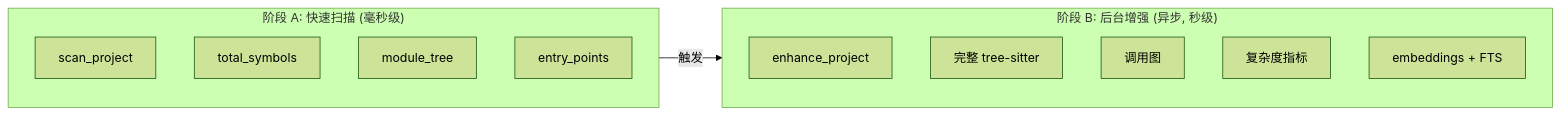
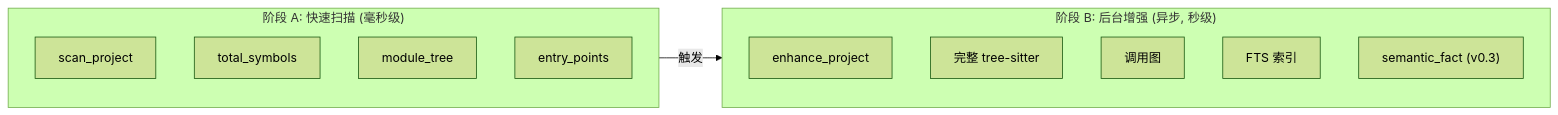
The third of 3 diagrams in README.zh.md (Timwood0x10/CodeScope), drawn with Mermaid (forest theme) before and after one commit. The commit also changed other lines of this file and 74 other files, not shown here.

````diff
--- a/README.zh.md
+++ b/README.zh.md
@@ -127,19 +127,19 @@
 ```mermaid
 flowchart LR
     subgraph A["阶段 A: 快速扫描 (毫秒级)"]
         S1["scan_project"]
         S2["total_symbols"]
         S3["module_tree"]
         S4["entry_points"]
     end
 
     subgraph B["阶段 B: 后台增强 (异步, 秒级)"]
         E1["enhance_project"]
         E2["完整 tree-sitter"]
         E3["调用图"]
-        E4["复杂度指标"]
-        E5["embeddings + FTS"]
+        E4["FTS 索引"]
+        E5["semantic_fact (v0.3)"]
     end
 
     A -->|"触发"| B
 ```
````
